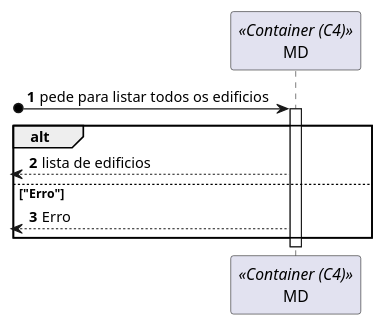
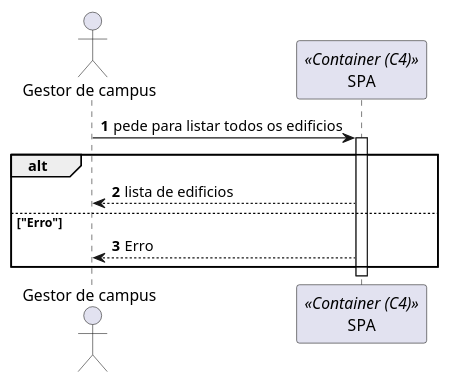
One commit to SEM5PI2324G58/sem5pi_g58_23_24 changed the diagram in docs/Sprint_B/US_1060/N2/VP.plantuml. Above: the diagram before and after it, drawn with PlantUML. The commit also changed 5 other files, not shown here.

```diff
--- a/docs/Sprint_B/US_1060/N2/VP.plantuml
+++ b/docs/Sprint_B/US_1060/N2/VP.plantuml
@@ -1,11 +1,12 @@
 autonumber
 
-participant MD as md <<Container (C4)>>
+actor "Gestor de campus" as actor
+participant SPA as container <<Container (C4)>>
 
-[o-> md: pede para listar todos os edificios
-activate md
+actor -> container: pede para listar todos os edificios
+activate container
 alt
-<-- md: lista de edificios
+actor <-- container: lista de edificios
 else "Erro"
-<-- md: Erro
+actor <-- container: Erro
 end alt
```
